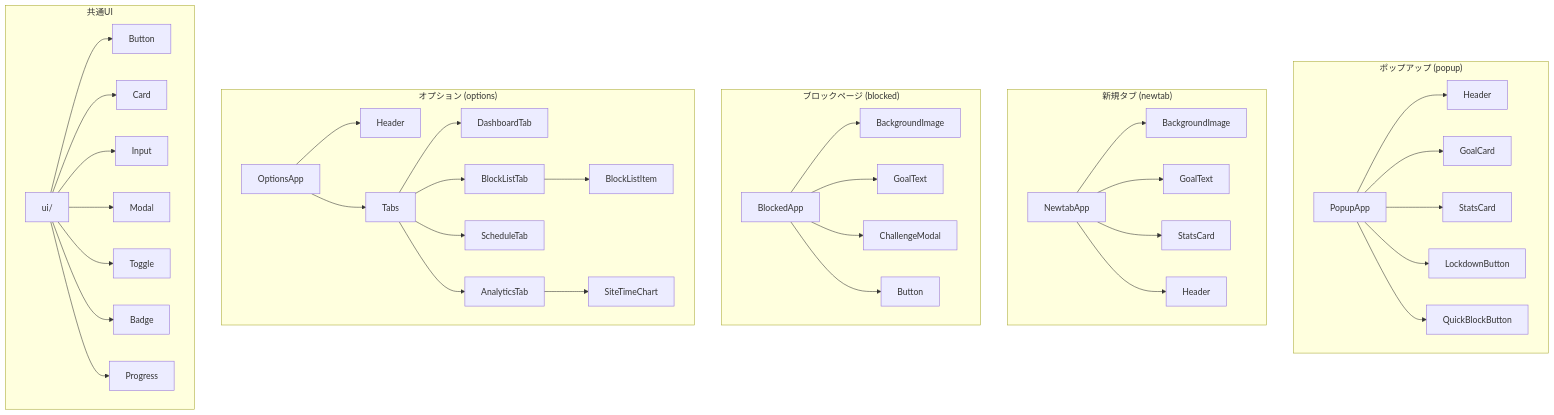
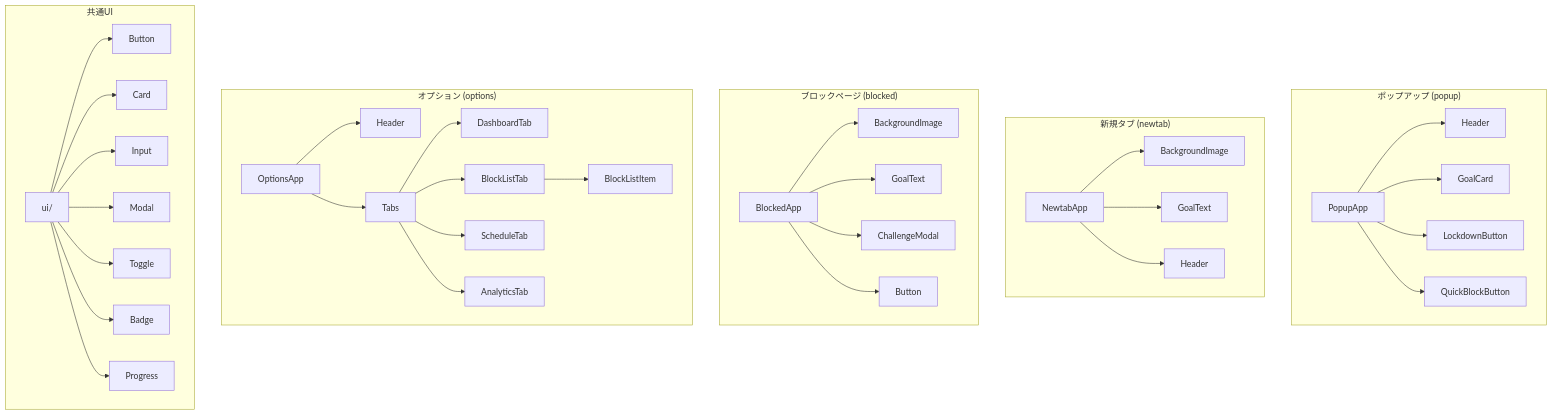
One commit to machina-gg/vision-focus changed the diagram in docs/COMPONENT.md. Above: the diagram before and after it, drawn with Mermaid. The commit also changed other lines of this file and 65 other files, not shown here.

````diff
--- a/docs/COMPONENT.md
+++ b/docs/COMPONENT.md
@@ -83,51 +81,48 @@
 ```mermaid
 graph TD
     subgraph "ポップアップ (popup)"
         PA[PopupApp]
         PA --> PH[Header]
         PA --> GC[GoalCard]
-        PA --> SC1[StatsCard]
         PA --> LB[LockdownButton]
         PA --> QB[QuickBlockButton]
     end
 
     subgraph "新規タブ (newtab)"
         NA[NewtabApp]
         NA --> BG[BackgroundImage]
         NA --> GT[GoalText]
-        NA --> SC2[StatsCard]
         NA --> NH[Header]
     end
 
     subgraph "ブロックページ (blocked)"
         BA[BlockedApp]
         BA --> BG2[BackgroundImage]
         BA --> GT2[GoalText]
         BA --> CM[ChallengeModal]
         BA --> BTN1[Button]
     end
 
     subgraph "オプション (options)"
         OA[OptionsApp]
         OA --> OH[Header]
         OA --> TB[Tabs]
         TB --> DT[DashboardTab]
         TB --> BLT[BlockListTab]
         TB --> SCT[ScheduleTab]
         TB --> AT[AnalyticsTab]
 
         BLT --> BLI[BlockListItem]
-        AT --> STC[SiteTimeChart]
     end
 
     subgraph "共通UI"
         UI[ui/]
         UI --> Button
         UI --> Card
         UI --> Input
         UI --> Modal
         UI --> Toggle
         UI --> Badge
         UI --> Progress
     end
 ```
````
